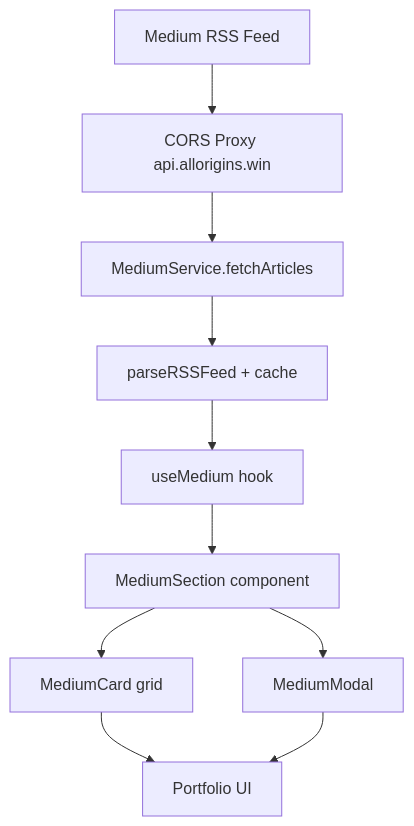
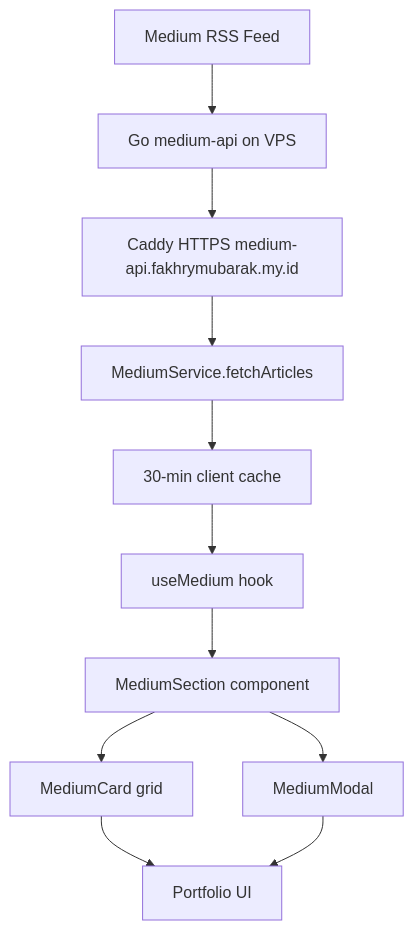
The diagram in README.md (fakhrymubarak/fakhrymubarak.github.io), drawn with Mermaid before and after one commit. The commit also changed other lines of this file and 9 other files, not shown here.

First line of the commit message:
feat(medium): fetch articles from Go Medium API

````diff
--- a/README.md
+++ b/README.md
@@ -83,12 +83,13 @@
 ```mermaid
 flowchart TD
-    A[Medium RSS Feed] --> B[CORS Proxy api.allorigins.win]
-    B --> C[MediumService.fetchArticles]
-    C --> D[parseRSSFeed + cache]
-    D --> E[useMedium hook]
-    E --> F[MediumSection component]
-    F --> G[MediumCard grid]
-    F --> H[MediumModal]
-    G --> I[Portfolio UI]
-    H --> I
+    A[Medium RSS Feed] --> B[Go medium-api on VPS]
+    B --> C[Caddy HTTPS medium-api.fakhrymubarak.my.id]
+    C --> D[MediumService.fetchArticles]
+    D --> E[30-min client cache]
+    E --> F[useMedium hook]
+    F --> G[MediumSection component]
+    G --> H[MediumCard grid]
+    G --> I[MediumModal]
+    H --> J[Portfolio UI]
+    I --> J
 ```
````
